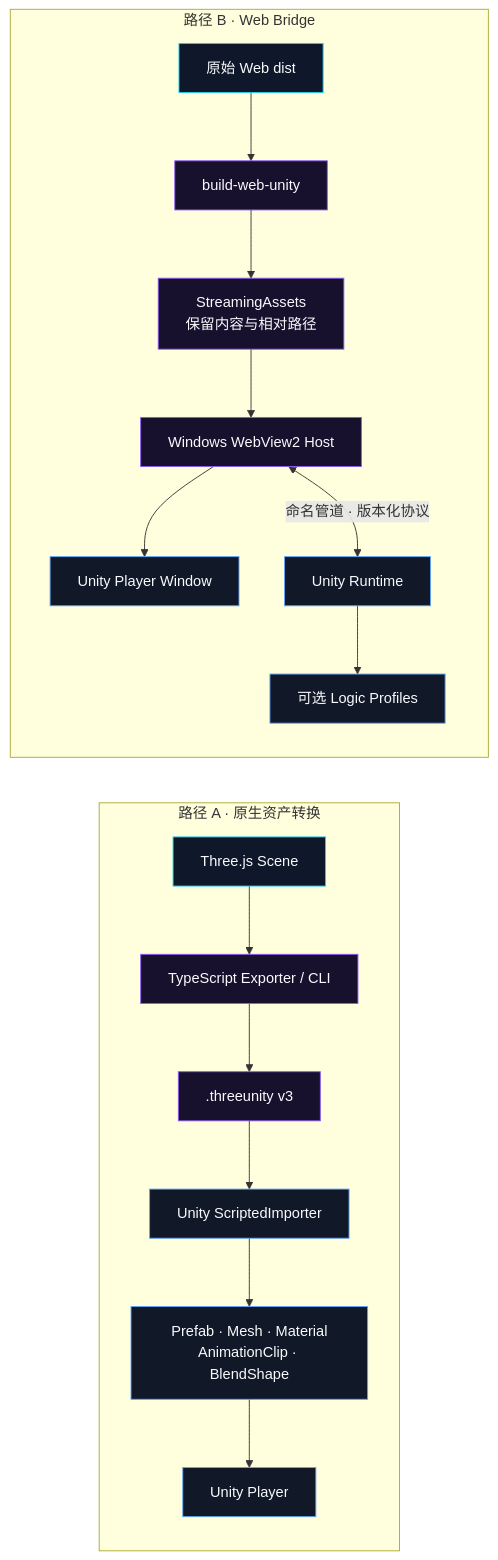
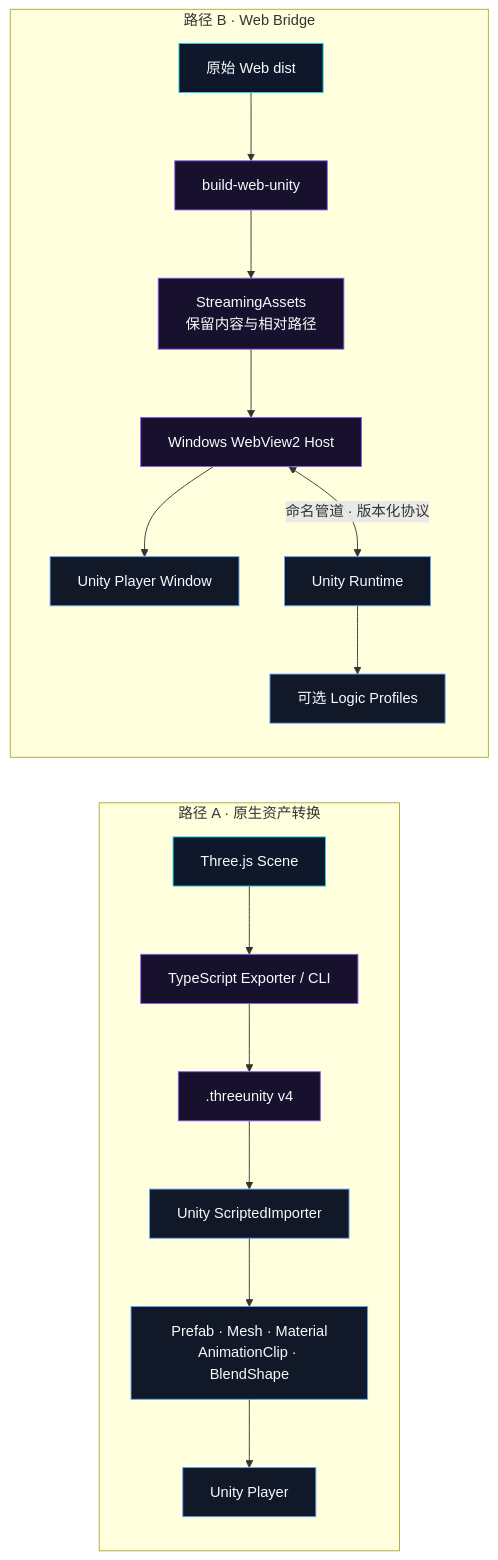
One commit to mohui666/three-unity-bridge changed the diagram in README.md. Above: the diagram before and after it, drawn with Mermaid. The commit also changed other lines of this file and 28 other files, not shown here.

````diff
--- a/README.md
+++ b/README.md
@@ -57,26 +57,26 @@
 ```mermaid
 flowchart LR
   subgraph Asset["路径 A · 原生资产转换"]
     Scene["Three.js Scene"] --> Exporter["TypeScript Exporter / CLI"]
-    Exporter --> Document[".threeunity v3"]
+    Exporter --> Document[".threeunity v4"]
     Document --> Importer["Unity ScriptedImporter"]
     Importer --> Assets["Prefab · Mesh · Material<br/>AnimationClip · BlendShape"]
     Assets --> NativePlayer["Unity Player"]
   end
 
   subgraph Web["路径 B · Web Bridge"]
     Dist["原始 Web dist"] --> Pack["build-web-unity"]
     Pack --> Streaming["StreamingAssets<br/>保留内容与相对路径"]
     Streaming --> Host["Windows WebView2 Host"]
     Host --> WebPlayer["Unity Player Window"]
     Host <-->|"命名管道 · 版本化协议"| Runtime["Unity Runtime"]
     Runtime --> Profiles["可选 Logic Profiles"]
   end
 
   classDef source fill:#0f172a,stroke:#22d3ee,color:#f8fafc;
   classDef bridge fill:#18112e,stroke:#8b5cf6,color:#f8fafc;
   classDef unity fill:#111827,stroke:#60a5fa,color:#f8fafc;
   class Scene,Dist source;
   class Exporter,Document,Pack,Streaming,Host bridge;
   class Importer,Assets,NativePlayer,WebPlayer,Runtime,Profiles unity;
 ```
````
